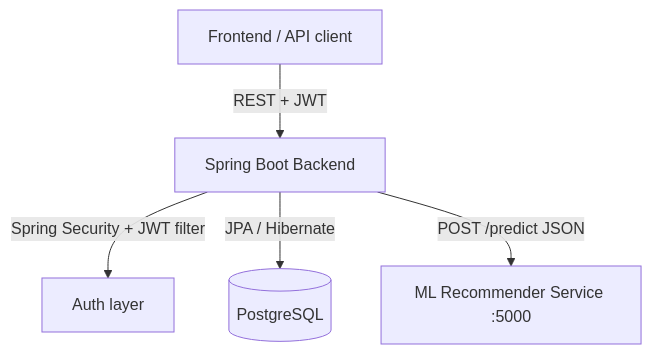
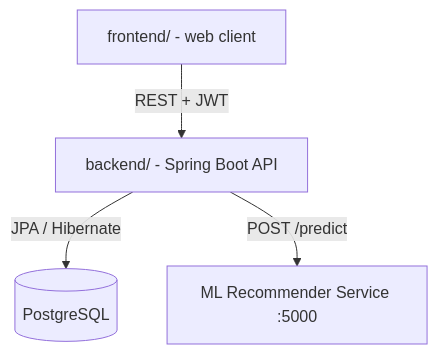
One commit to alwayssudeepreddy/PrepWise changed the diagram in README.md. Above: the diagram before and after it, drawn with Mermaid. The commit also changed other lines of this file and 75 other files, not shown here.

First line of the commit message:
chore: restructure into monorepo (backend/ + frontend/)

````diff
--- a/README.md
+++ b/README.md
@@ -49,7 +21,6 @@
 ```mermaid
 graph TD
-    Client[Frontend / API client] -->|REST + JWT| API[Spring Boot Backend]
-    API -->|Spring Security + JWT filter| Auth[Auth layer]
-    API -->|JPA / Hibernate| DB[(PostgreSQL)]
-    API -->|POST /predict JSON| ML[ML Recommender Service :5000]
+    FE[frontend/ - web client] -->|REST + JWT| BE[backend/ - Spring Boot API]
+    BE -->|JPA / Hibernate| DB[(PostgreSQL)]
+    BE -->|POST /predict| ML[ML Recommender Service :5000]
 ```
````
